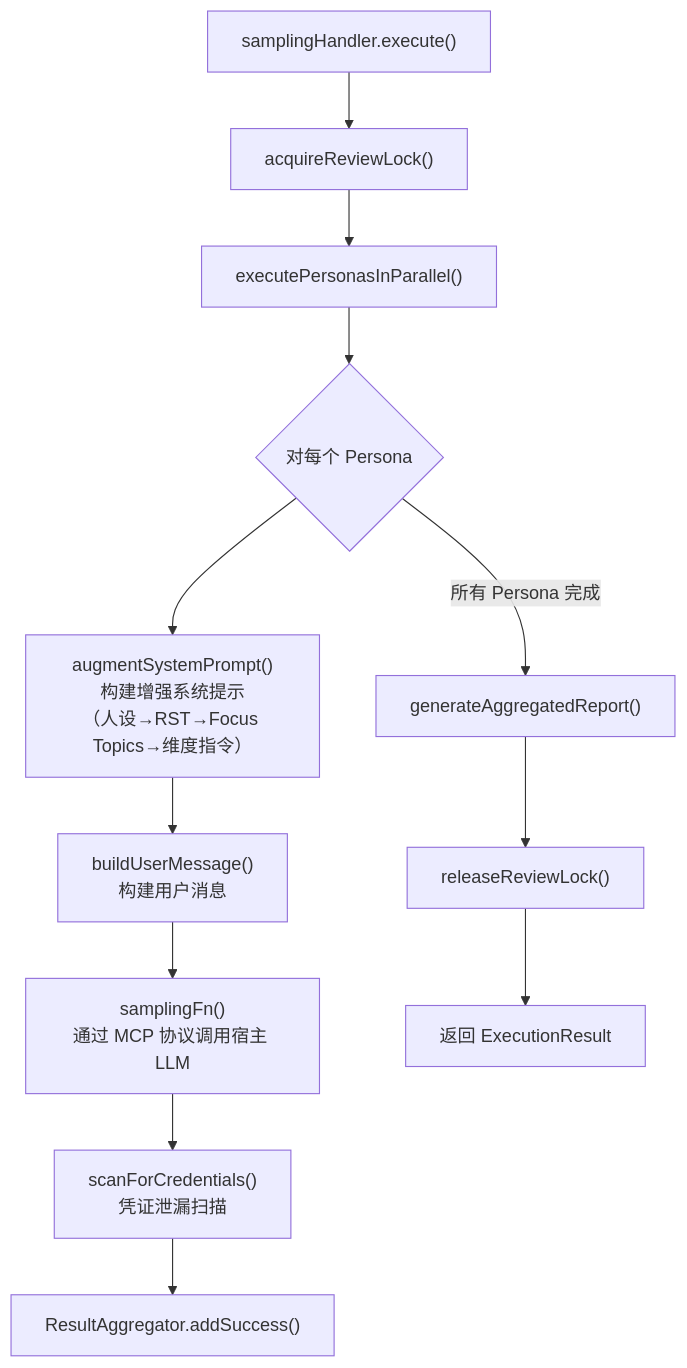
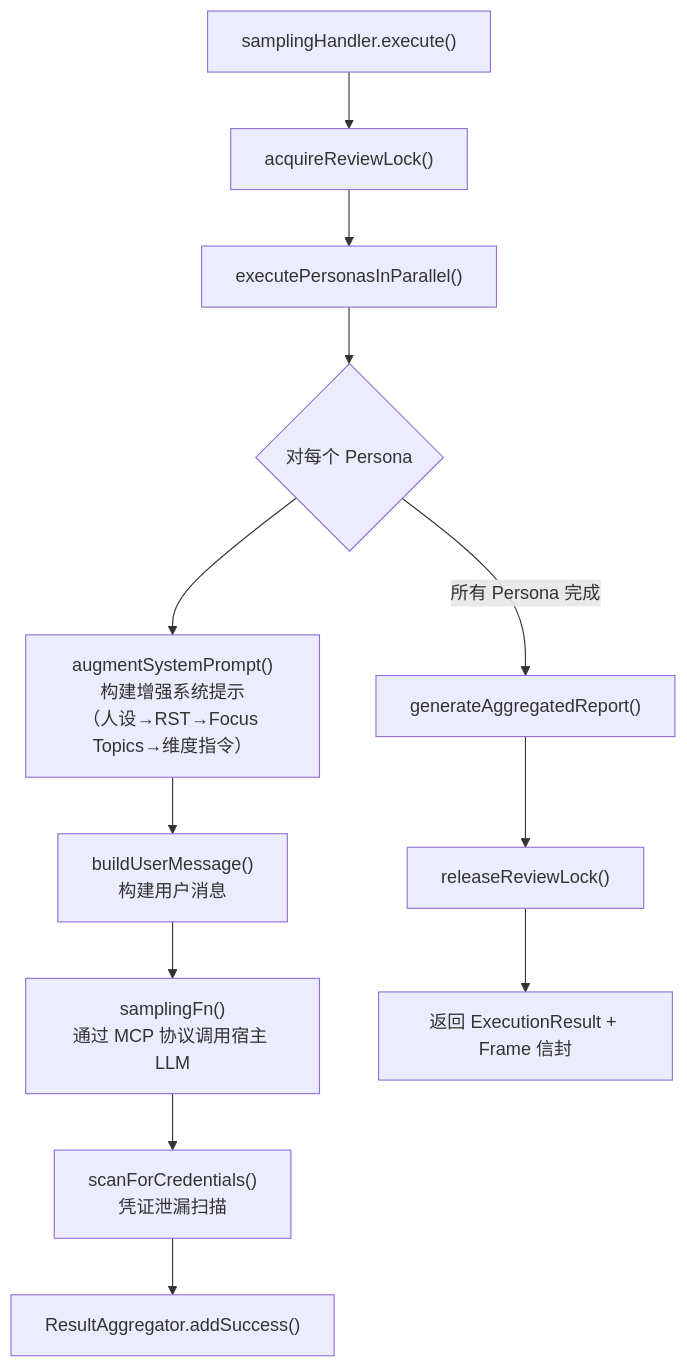
One commit to ChurzeXo/kevlar-4u changed the fourth of 7 diagrams in docs/README.zh.md. Above: the diagram before and after it, drawn with Mermaid. The commit also changed other lines of this file, not shown here.

````diff
--- a/docs/README.zh.md
+++ b/docs/README.zh.md
@@ -212,14 +212,14 @@
 ```mermaid
 flowchart TD
   A["samplingHandler.execute()"] --> B["acquireReviewLock()"]
   B --> C["executePersonasInParallel()"]
   C --> D{"对每个 Persona"}
   D --> E["augmentSystemPrompt()\n构建增强系统提示\n（人设→RST→Focus Topics→维度指令）"]
   E --> F["buildUserMessage()\n构建用户消息"]
   F --> G["samplingFn()\n通过 MCP 协议调用宿主 LLM"]
   G --> H["scanForCredentials()\n凭证泄漏扫描"]
   H --> I["ResultAggregator.addSuccess()"]
   D -->|所有 Persona 完成| J["generateAggregatedReport()"]
   J --> K["releaseReviewLock()"]
-  K --> L["返回 ExecutionResult"]
+  K --> L["返回 ExecutionResult + Frame 信封"]
 ```
````
